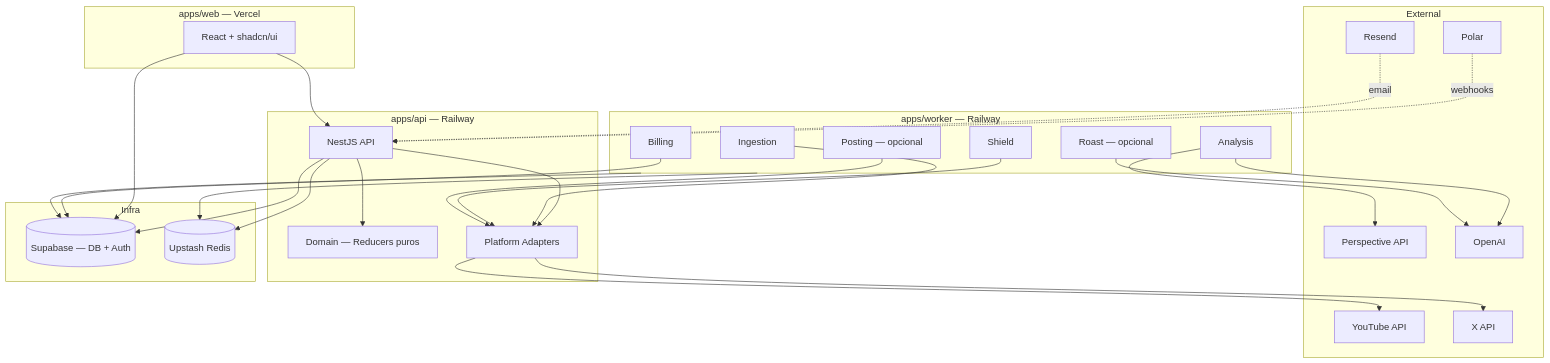
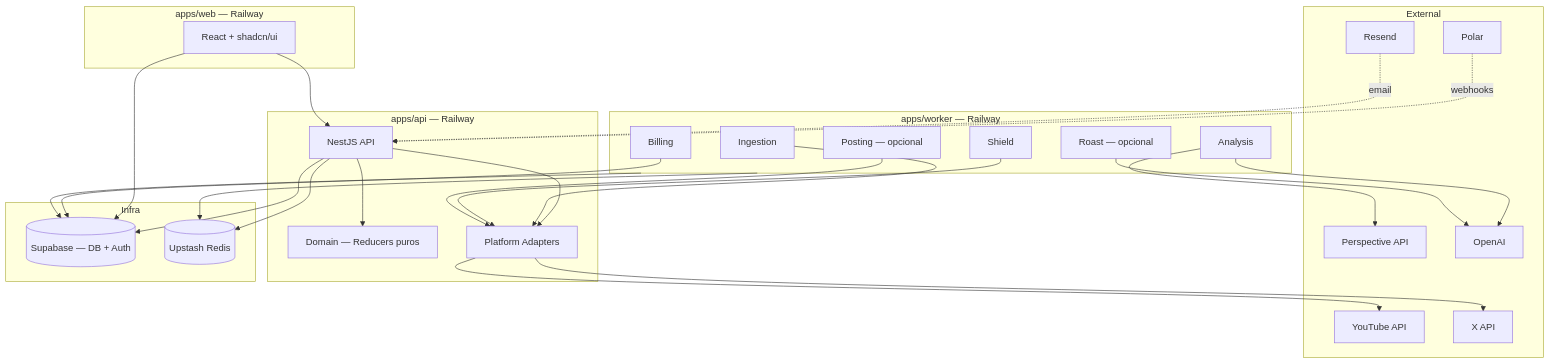
Before and after one commit to Eibon7/roastr-ai: the first of 2 diagrams in docs/01-arquitectura.md, drawn with Mermaid. The commit also changed other lines of this file and 1 other file, not shown here.

Commit message:
docs: update infra docs to reflect apps/web on Railway, not Vercel
docs/01-arquitectura.md and docs/14-infraestructura.md described the
frontend as deployed on Vercel. It now runs on Railway (Docker+nginx,
web-staging/web-prod services) per ROA-P3.

````diff
--- a/docs/01-arquitectura.md
+++ b/docs/01-arquitectura.md
@@ -340,60 +340,60 @@
 ```mermaid
 flowchart TD
-    subgraph Frontend [apps/web — Vercel]
+    subgraph Frontend [apps/web — Railway]
         UI[React + shadcn/ui]
     end
 
     subgraph Backend [apps/api — Railway]
         API[NestJS API]
         DOM[Domain — Reducers puros]
         PLAT[Platform Adapters]
     end
 
     subgraph Workers [apps/worker — Railway]
         ING[Ingestion]
         ANA[Analysis]
         SH[Shield]
         RO[Roast — opcional]
         PO[Posting — opcional]
         BIL[Billing]
     end
 
     subgraph External
         YT[YouTube API]
         XA[X API]
         PERSP[Perspective API]
         OAI[OpenAI]
         POL[Polar]
         RES[Resend]
     end
 
     subgraph Infra
         SB[(Supabase — DB + Auth)]
         RD[(Upstash Redis)]
     end
 
     UI --> API
     UI --> SB
 
     API --> DOM
     API --> PLAT
     API --> SB
     API --> RD
 
     PLAT --> YT
     PLAT --> XA
 
     Workers --> RD
     Workers --> SB
 
     ING --> PLAT
     ANA --> PERSP
     ANA --> OAI
     RO --> OAI
     SH --> PLAT
     PO --> PLAT
     BIL --> SB
 
     POL -.->|webhooks| API
     RES -.->|email| API
 ```
````
